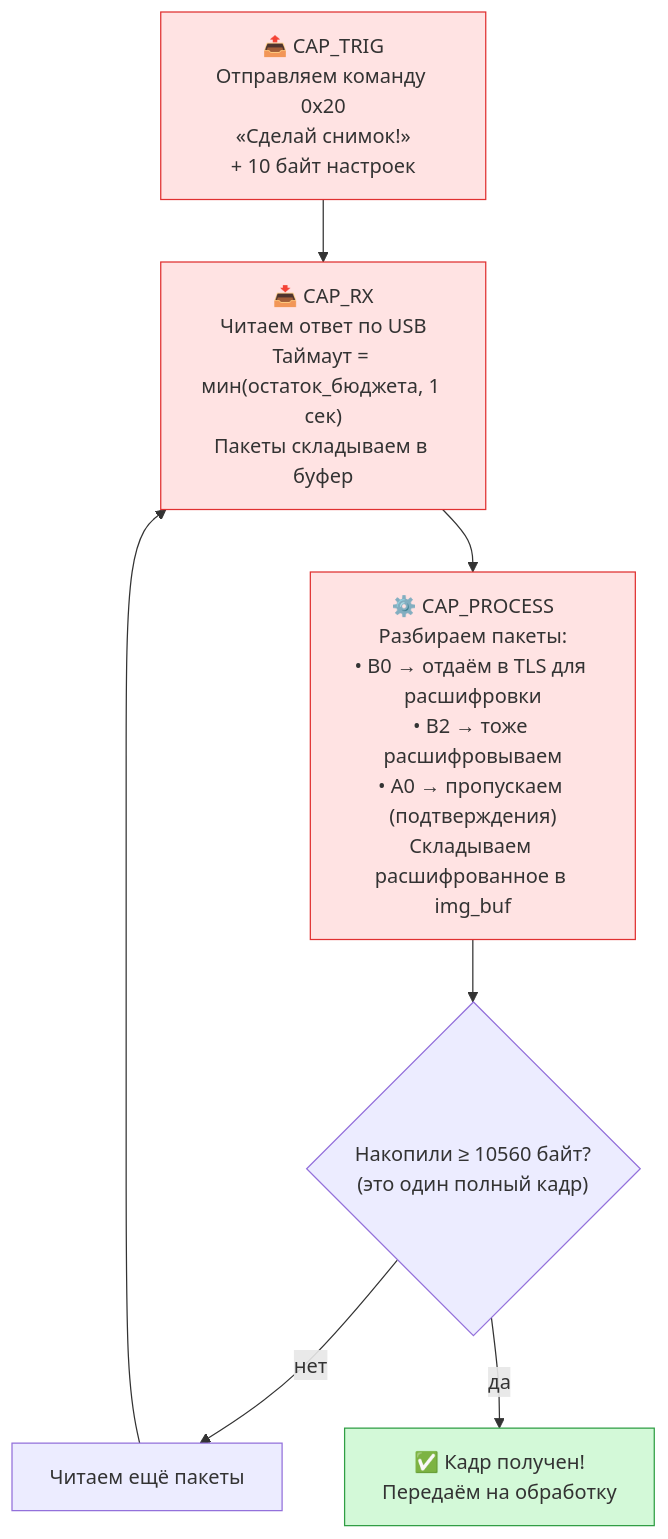
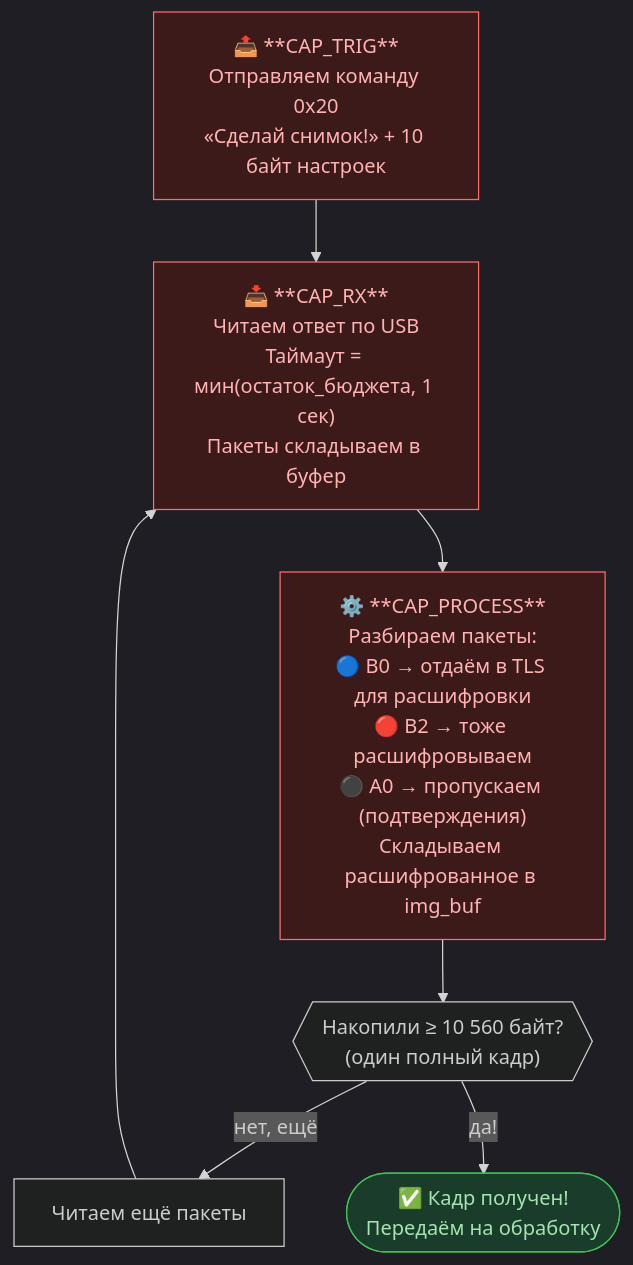
Before and after one commit to mrcook1e-ai/goodix-gm168: the fifth of 13 diagrams in DIAGRAM_RU.md, drawn with Mermaid. The commit also changed other lines of this file, not shown here.

````diff
--- a/DIAGRAM_RU.md
+++ b/DIAGRAM_RU.md
@@ -117,22 +117,23 @@
 ```mermaid
+%%{init: {'theme': 'dark'}}%%
 flowchart TD
-    TRIG["📤 CAP_TRIG\nОтправляем команду 0x20\n«Сделай снимок!»\n+ 10 байт настроек"]
+    TRIG["📤 **CAP_TRIG**\nОтправляем команду 0x20\n«Сделай снимок!» + 10 байт настроек"]
 
-    RX["📥 CAP_RX\nЧитаем ответ по USB\nТаймаут = мин(остаток_бюджета, 1 сек)\nПакеты складываем в буфер"]
+    RX["📥 **CAP_RX**\nЧитаем ответ по USB\nТаймаут = мин(остаток_бюджета, 1 сек)\nПакеты складываем в буфер"]
 
-    PROC["⚙️ CAP_PROCESS\nРазбираем пакеты:\n• B0 → отдаём в TLS для расшифровки\n• B2 → тоже расшифровываем\n• A0 → пропускаем (подтверждения)\nСкладываем расшифрованное в img_buf"]
+    PROC["⚙️ **CAP_PROCESS**\nРазбираем пакеты:\n🔵 B0 → отдаём в TLS для расшифровки\n🔴 B2 → тоже расшифровываем\n⚫ A0 → пропускаем (подтверждения)\nСкладываем расшифрованное в img_buf"]
 
-    CHECK{"Накопили ≥ 10560 байт?\n(это один полный кадр)"}
+    CHECK{{"Накопили ≥ 10 560 байт?\n(один полный кадр)"}}
 
     MORE["Читаем ещё пакеты"]
-    DONE["✅ Кадр получен!\nПередаём на обработку"]
+    DONE(["✅ Кадр получен!\nПередаём на обработку"])
 
     TRIG --> RX --> PROC --> CHECK
-    CHECK -->|"нет"| MORE --> RX
-    CHECK -->|"да"| DONE
+    CHECK -->|"нет, ещё"| MORE --> RX
+    CHECK -->|"да!"| DONE
 
-    style TRIG fill:#ffe3e3,stroke:#e03131
-    style RX fill:#ffe3e3,stroke:#e03131
-    style PROC fill:#ffe3e3,stroke:#e03131
-    style DONE fill:#d3f9d8,stroke:#2f9e44
+    style TRIG fill:#3d1a1a,stroke:#ff6b6b,color:#ffb3b3
+    style RX fill:#3d1a1a,stroke:#ff6b6b,color:#ffb3b3
+    style PROC fill:#3d1a1a,stroke:#ff6b6b,color:#ffb3b3
+    style DONE fill:#1a3d2b,stroke:#40c057,color:#a6e3b2
 ```
````
